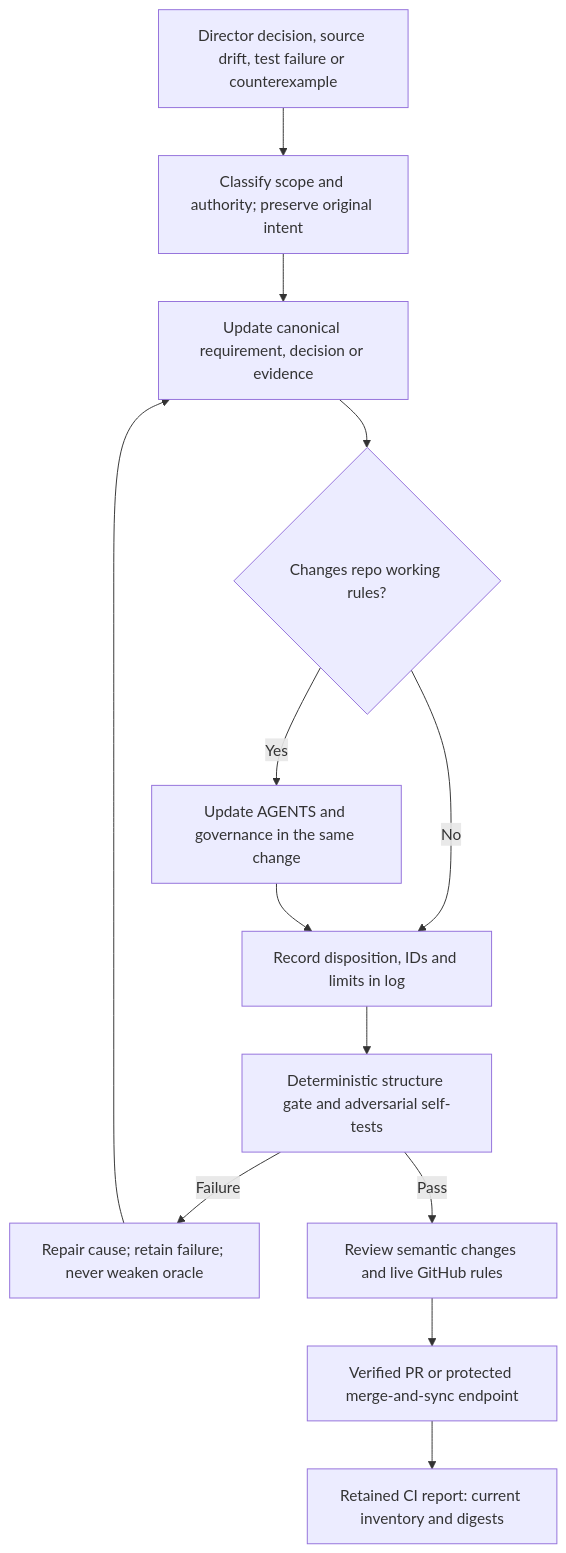
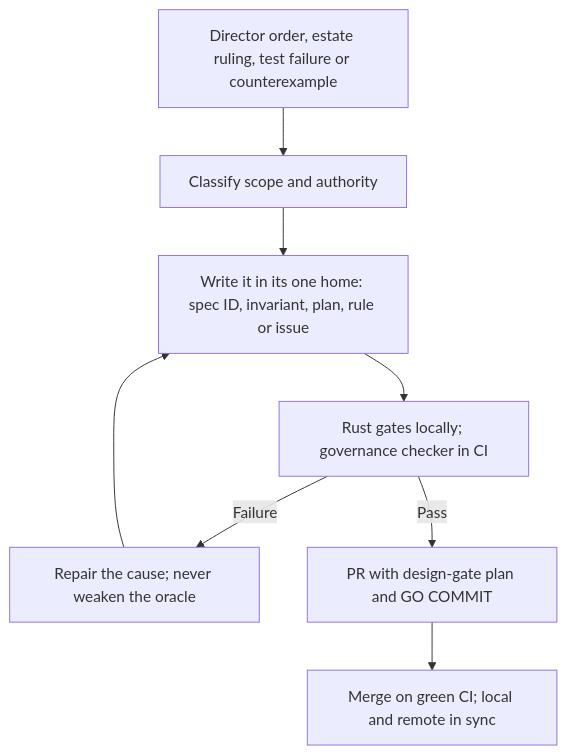
The diagram in GOVERNANCE.md (Logical-Works-Inc/larry), drawn with Mermaid before and after one commit. The commit also changed other lines of this file and 9 other files, not shown here.

````diff
--- a/GOVERNANCE.md
+++ b/GOVERNANCE.md
@@ -61,15 +49,10 @@
 ```mermaid
 flowchart TD
-  Trigger["Director decision, source drift, test failure or counterexample"] --> Classify["Classify scope and authority; preserve original intent"]
-  Classify --> Canon["Update canonical requirement, decision or evidence"]
-  Canon --> Rules{"Changes repo working rules?"}
-  Rules -->|"Yes"| Instructions["Update AGENTS and governance in the same change"]
-  Rules -->|"No"| Record["Record disposition, IDs and limits in log"]
-  Instructions --> Record
-  Record --> Checks["Deterministic structure gate and adversarial self-tests"]
-  Checks -->|"Failure"| Repair["Repair cause; retain failure; never weaken oracle"]
-  Repair --> Canon
-  Checks -->|"Pass"| Review["Review semantic changes and live GitHub rules"]
-  Review --> Endpoint["Verified PR or protected merge-and-sync endpoint"]
-  Endpoint --> Evidence["Retained CI report: current inventory and digests"]
+  Trigger["Director order, estate ruling, test failure or counterexample"] --> Classify["Classify scope and authority"]
+  Classify --> Home["Write it in its one home: spec ID, invariant, plan, rule or issue"]
+  Home --> Gates["Rust gates locally; governance checker in CI"]
+  Gates -->|"Failure"| Repair["Repair the cause; never weaken the oracle"]
+  Repair --> Home
+  Gates -->|"Pass"| PR["PR with design-gate plan and GO COMMIT"]
+  PR --> Merge["Merge on green CI; local and remote in sync"]
 ```
````
